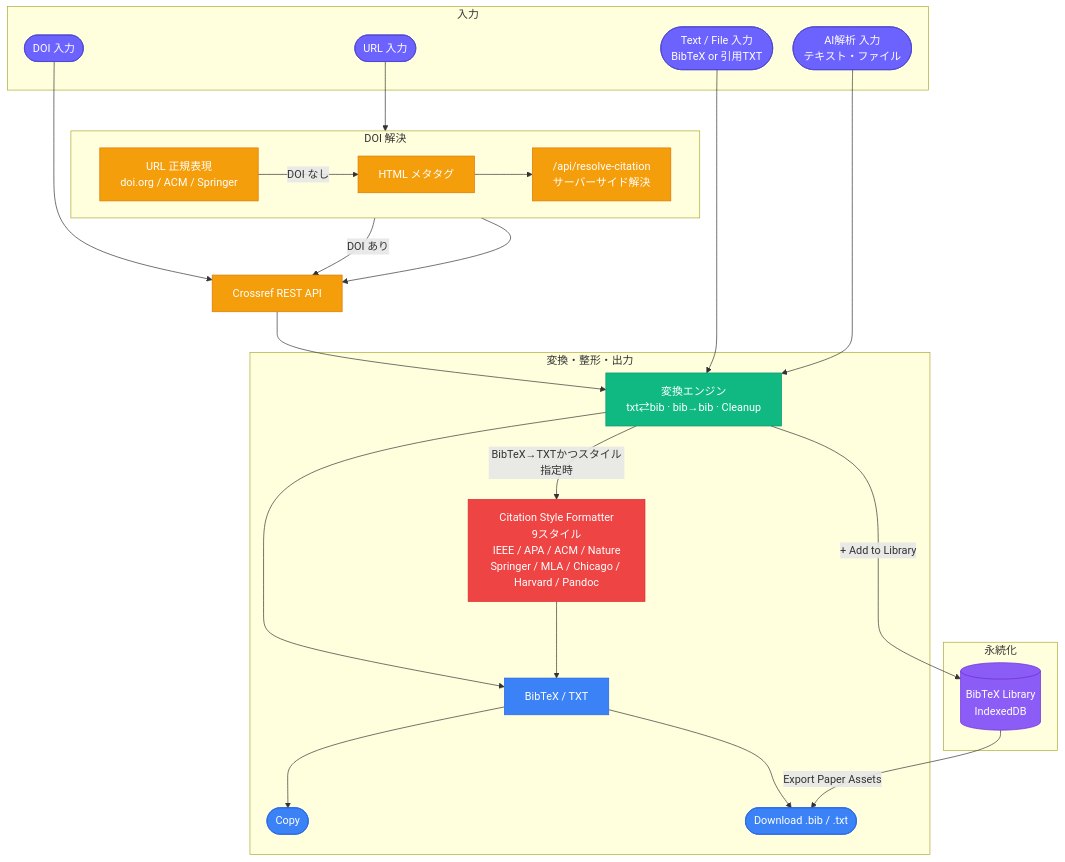
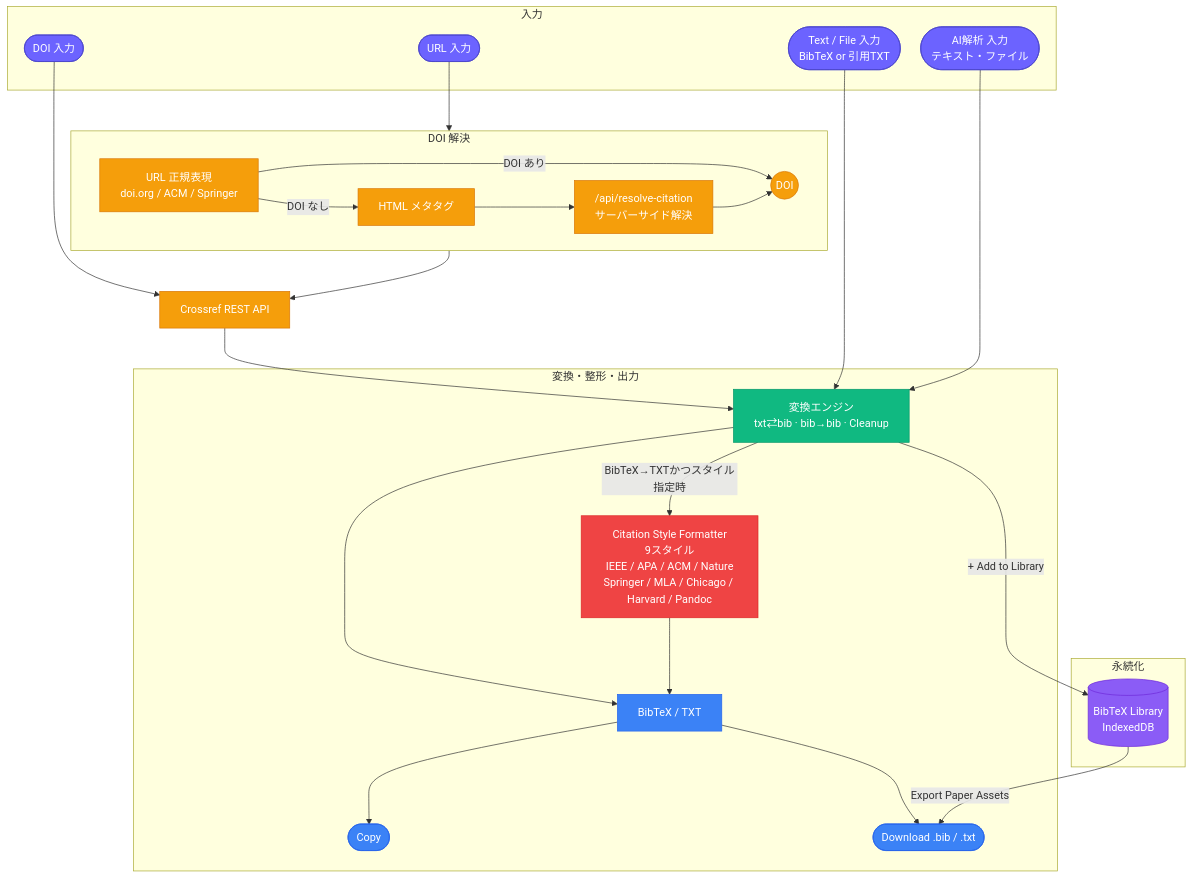
The first of 3 diagrams in docs/architecture/citation.md (Axe0320/latex-research-toolkit), drawn with Mermaid before and after one commit.

Commit message:
docs(architecture): merge DOI resolution paths into a single node before Crossref
RX (regex match) and PROXY (meta-tag fallback) both fed CR directly,
producing two arrows crossing the RESOLVE box boundary at the same
target that were hard to visually tell apart. Add a DOI junction node
inside RESOLVE so both paths converge before a single arrow exits to
Crossref REST API — this also matches resolveDOIFromURL(), which
returns one doi string regardless of path before fetchByDOI() is
called once (src/modules/citation/fetchCitation.ts).

````diff
--- a/docs/architecture/citation.md
+++ b/docs/architecture/citation.md
@@ -15,54 +15,56 @@
 ```mermaid
 %%{init: {'flowchart': {'nodeSpacing': 30, 'rankSpacing': 60}}}%%
 flowchart TD
     classDef input  fill:#6C63FF,color:#fff,stroke:#4a44cc
     classDef api    fill:#F59E0B,color:#fff,stroke:#D97706
     classDef parse  fill:#10B981,color:#fff,stroke:#059669
     classDef format fill:#EF4444,color:#fff,stroke:#DC2626
     classDef out    fill:#3B82F6,color:#fff,stroke:#2563EB
     classDef store  fill:#8B5CF6,color:#fff,stroke:#6D28D9
 
     subgraph INPUTS["入力"]
         U(["URL 入力"]):::input
         D(["DOI 入力"]):::input
         T(["Text / File 入力<br/>BibTeX or 引用TXT"]):::input
         AI(["AI解析 入力<br/>テキスト・ファイル"]):::input
     end
 
     subgraph RESOLVE["DOI 解決"]
         direction LR
         RX["URL 正規表現<br/>doi.org / ACM / Springer"]:::api
         META[HTML メタタグ]:::api
         PROXY["/api/resolve-citation<br/>サーバーサイド解決"]:::api
+        DOI(("DOI")):::api
         RX -->|"DOI なし"| META --> PROXY
+        RX -->|"DOI あり"| DOI
+        PROXY --> DOI
     end
 
     CR[Crossref REST API]:::api
 
     subgraph PROC["変換・整形・出力"]
         CV["変換エンジン<br/>txt⇄bib · bib→bib · Cleanup"]:::parse
         SF["Citation Style Formatter<br/>9スタイル<br/>IEEE / APA / ACM / Nature<br/>Springer / MLA / Chicago / Harvard / Pandoc"]:::format
         OP[BibTeX / TXT]:::out
         CP([Copy]):::out
         DL([Download .bib / .txt]):::out
         CV -->|"BibTeX→TXTかつスタイル指定時"| SF
         CV --> OP
         SF --> OP
         OP --> CP
         OP --> DL
     end
 
     subgraph STORE["永続化"]
         LIB[("BibTeX Library<br/>IndexedDB")]:::store
     end
 
     U --> RX
     D --> CR
-    RX -->|"DOI あり"| CR
-    PROXY --> CR
+    DOI --> CR
     CR --> CV
     T --> CV
     AI --> CV
     CV -->|"+ Add to Library"| LIB
     LIB -->|"Export Paper Assets"| DL
 ```
````
